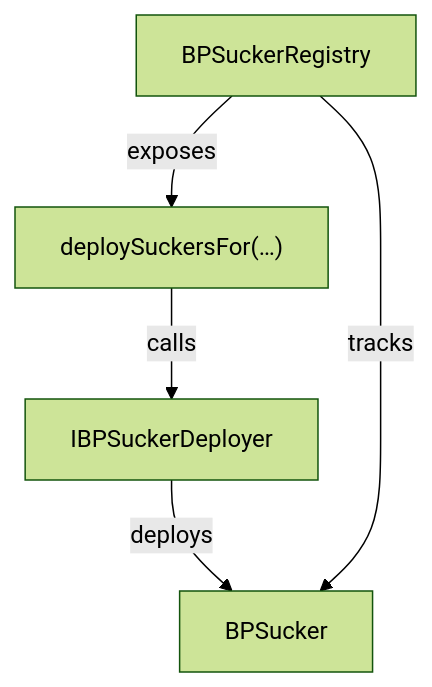
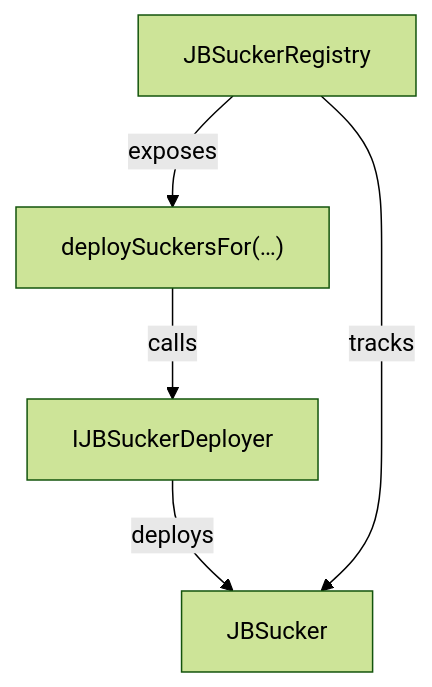
The first of 2 diagrams in README.md (Bananapus/nana-suckers-v5), drawn with Mermaid (forest theme) before and after one commit. The commit also changed other lines of this file and 6 other files, not shown here.

````diff
--- a/README.md
+++ b/README.md
@@ -188,7 +188,7 @@
 ```mermaid
 graph TD;
-    A[BPSuckerRegistry] -->|exposes| B["deploySuckersFor(…)"]
-    B -->|calls| C[IBPSuckerDeployer]
-    C -->|deploys| D[BPSucker]
+    A[JBSuckerRegistry] -->|exposes| B["deploySuckersFor(…)"]
+    B -->|calls| C[IJBSuckerDeployer]
+    C -->|deploys| D[JBSucker]
     A -->|tracks| D
 ```
````
